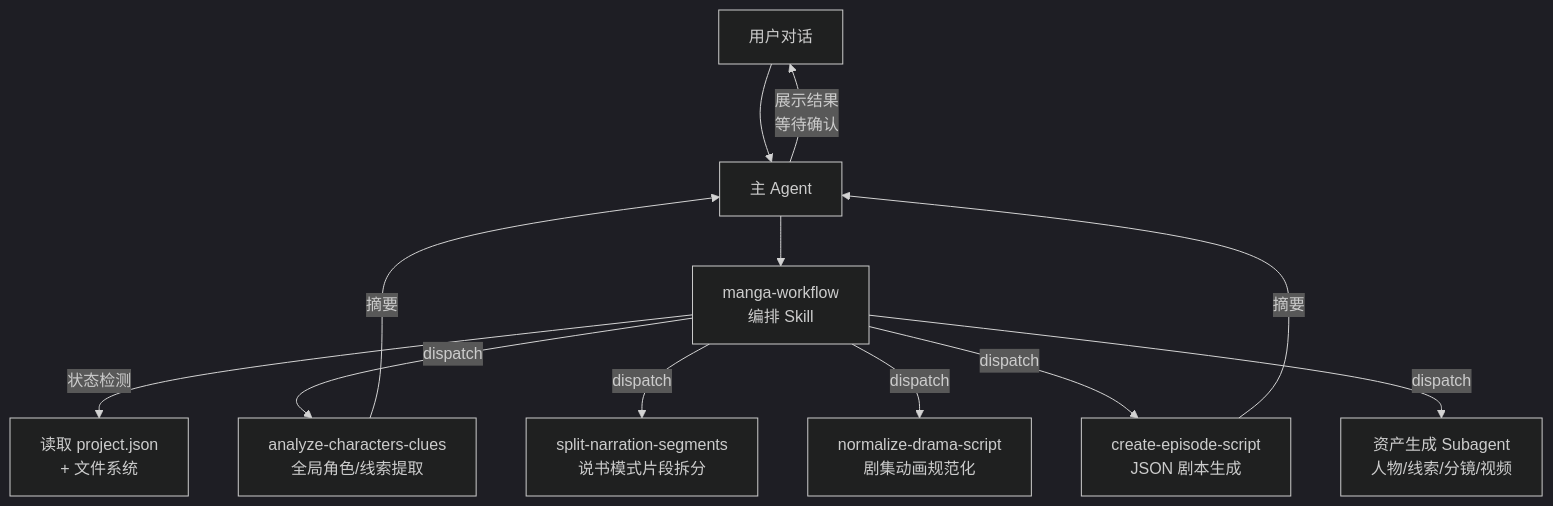
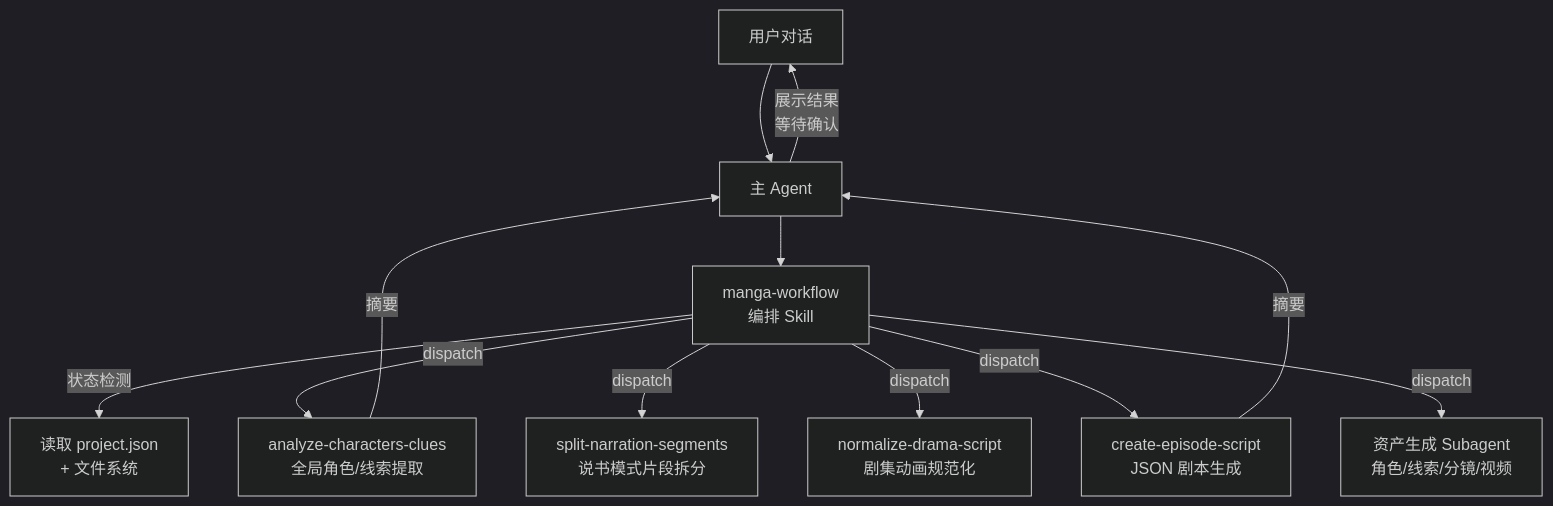
One commit to huiyang0325/C301 changed the second of 3 diagrams in README.md. Above: the diagram before and after it, drawn with Mermaid (dark theme). The commit also changed other lines of this file and 59 other files, not shown here.

````diff
--- a/README.md
+++ b/README.md
@@ -168,14 +168,14 @@
 ```mermaid
 flowchart TD
     User["用户对话"] --> Main["主 Agent"]
     Main --> MW["manga-workflow<br/>编排 Skill"]
     MW -->|"状态检测"| PJ["读取 project.json<br/>+ 文件系统"]
     MW -->|"dispatch"| SA1["analyze-characters-clues<br/>全局角色/线索提取"]
     MW -->|"dispatch"| SA2["split-narration-segments<br/>说书模式片段拆分"]
     MW -->|"dispatch"| SA3["normalize-drama-script<br/>剧集动画规范化"]
     MW -->|"dispatch"| SA4["create-episode-script<br/>JSON 剧本生成"]
-    MW -->|"dispatch"| SA5["资产生成 Subagent<br/>人物/线索/分镜/视频"]
+    MW -->|"dispatch"| SA5["资产生成 Subagent<br/>角色/线索/分镜/视频"]
     SA1 -->|"摘要"| Main
     SA4 -->|"摘要"| Main
     Main -->|"展示结果<br/>等待确认"| User
 ```
````
